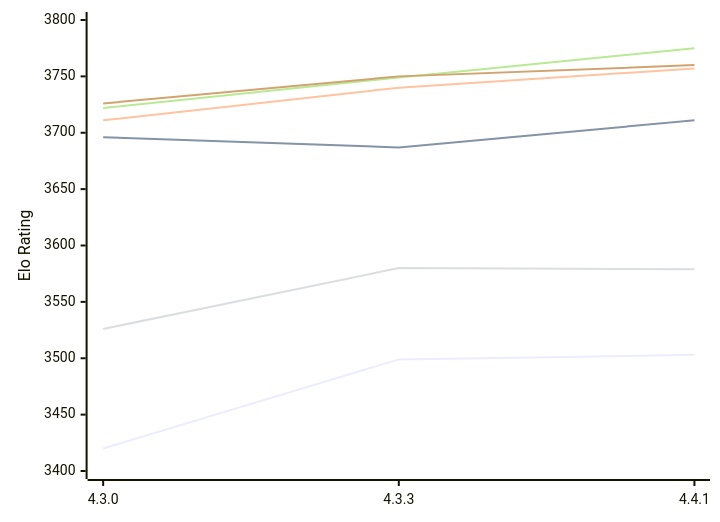
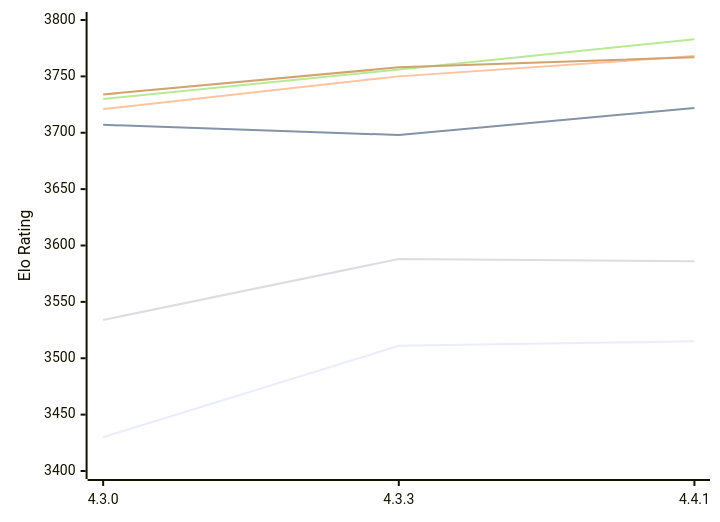
Before and after one commit to computer-chess-index/cci: the first of 2 diagrams in engines/Gaia.md, drawn with Mermaid. The commit also changed other lines of this file, not shown here.

Commit message:
Update CCI Ratings (ELO VLTC) - 2026-10-25

````diff
--- a/engines/Gaia.md
+++ b/engines/Gaia.md
@@ -57,12 +57,12 @@
 ```mermaid
 %%{init: {"theme":"base","themeVariables":{"seriesColors:['#a3a3a3','#222221','#faa371']}}}%%
 xychart-beta
   x-axis ["4.3.0", "4.3.3", "4.4.1"]
   y-axis "Elo Rating" 3400 --> 3800
-  line "E1: STC (8.0+0.08s)" [3420, 3499, 3503]
-  line "E1: LTC (60.0+0.60s)" [3696, 3687, 3711]
-  line "E1: VLTC (2m24s+1.12s)" [3711, 3740, 3757]
-  line "P1: STC (8.0+0.08s)" [3526, 3580, 3579]
-  line "P1: LTC (60.0+0.60s)" [3722, 3749, 3775]
-  line "P1: VLTC (2m24s+1.12s)" [3726, 3750, 3760]
+  line "E1: STC (8.0+0.08s)" [3430, 3511, 3515]
+  line "E1: LTC (60.0+0.60s)" [3707, 3698, 3722]
+  line "E1: VLTC (2m24s+1.12s)" [3721, 3750, 3768]
+  line "P1: STC (8.0+0.08s)" [3534, 3588, 3586]
+  line "P1: LTC (60.0+0.60s)" [3730, 3756, 3783]
+  line "P1: VLTC (2m24s+1.12s)" [3734, 3758, 3767]
 ```
````
